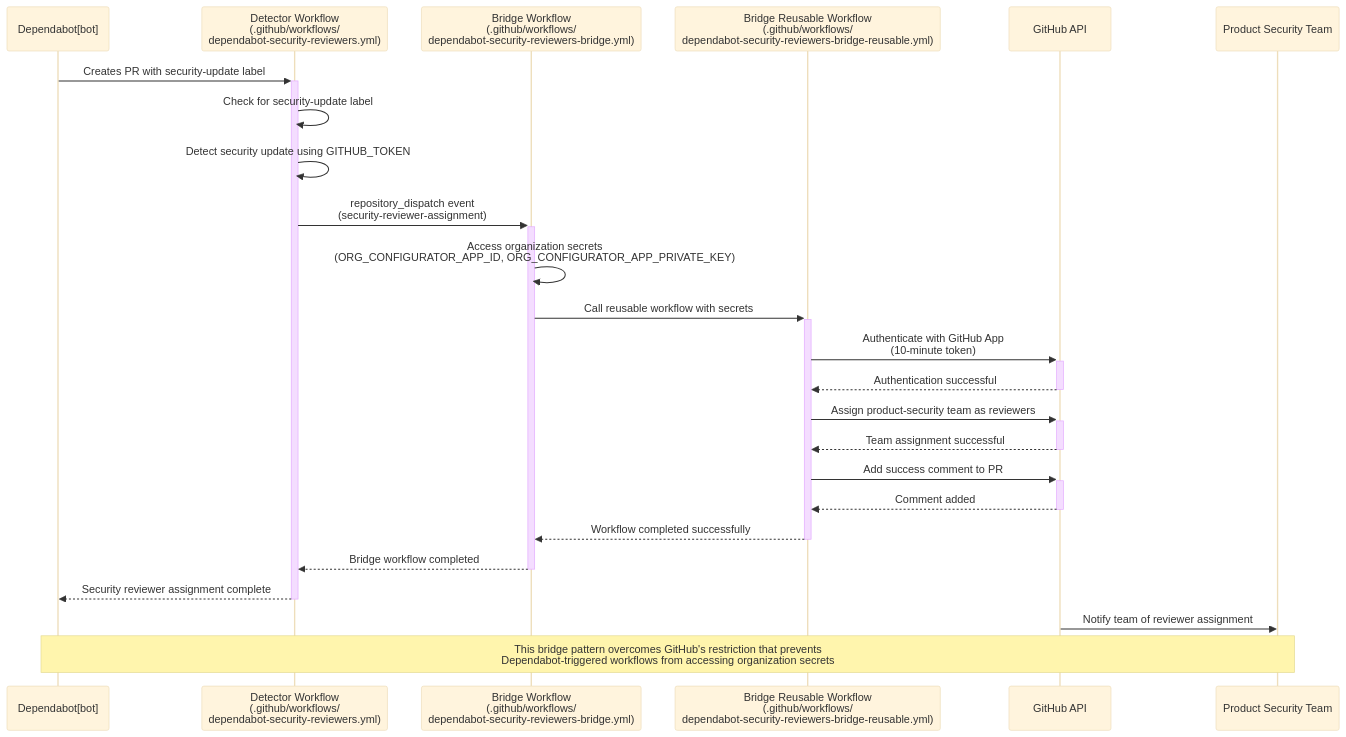
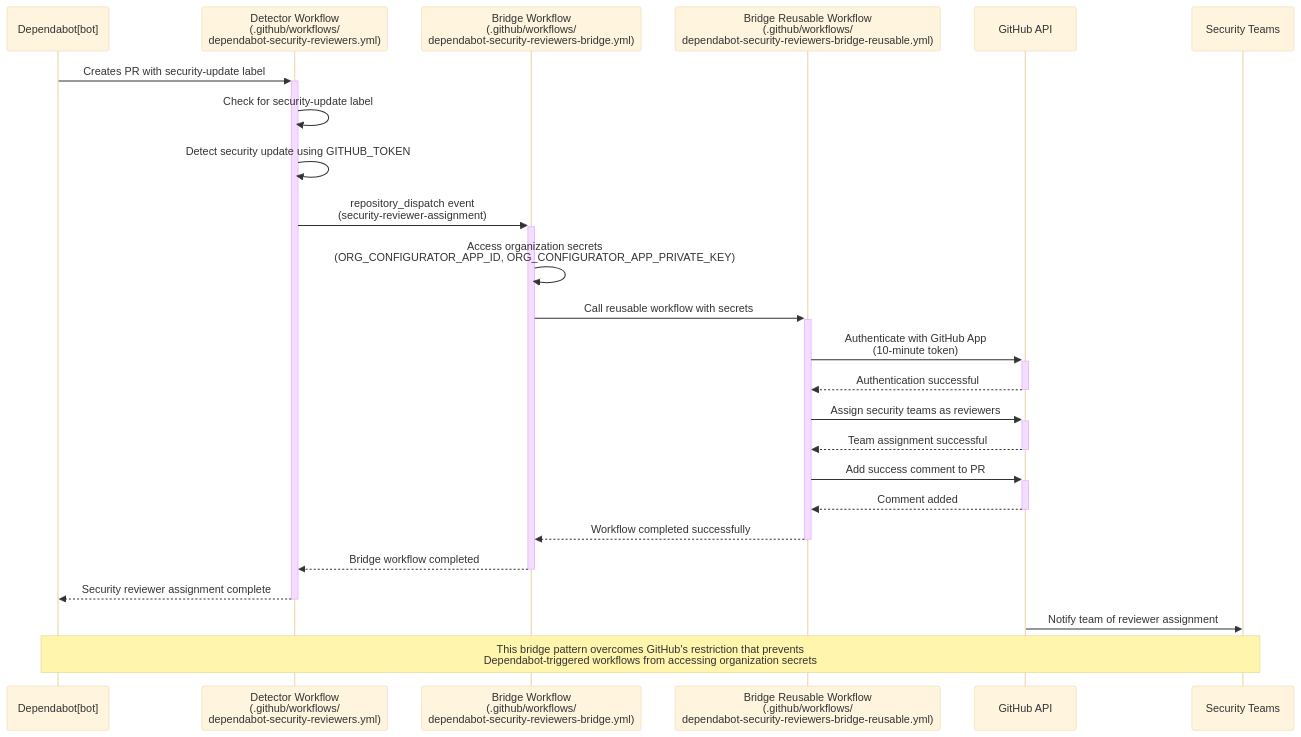
Before and after one commit to redcanaryco/dependabot-configurator: the first of 3 diagrams in README.md, drawn with Mermaid (base theme). The commit also changed other lines of this file and 2 other files, not shown here.

Commit message:
[CLOUDAUTO-1296] Add systems-engineering and cso-leadership next to product-security (#19)

````diff
--- a/README.md
+++ b/README.md
@@ -606,28 +604,28 @@
 ```mermaid
 sequenceDiagram
     participant D as Dependabot[bot]
     participant Det as Detector Workflow<br/>(.github/workflows/<br/>dependabot-security-reviewers.yml)
     participant Bridge as Bridge Workflow<br/>(.github/workflows/<br/>dependabot-security-reviewers-bridge.yml)
     participant Reusable as Bridge Reusable Workflow<br/>(.github/workflows/<br/>dependabot-security-reviewers-bridge-reusable.yml)
     participant API as GitHub API
-    participant PS as Product Security Team
+    participant PS as Security Teams
 
     D->>+Det: Creates PR with security-update label
     Det->>Det: Check for security-update label
     Det->>Det: Detect security update using GITHUB_TOKEN
     Det->>+Bridge: repository_dispatch event<br/>(security-reviewer-assignment)
     Bridge->>Bridge: Access organization secrets<br/>(ORG_CONFIGURATOR_APP_ID, ORG_CONFIGURATOR_APP_PRIVATE_KEY)
     Bridge->>+Reusable: Call reusable workflow with secrets
     Reusable->>+API: Authenticate with GitHub App<br/>(10-minute token)
     API-->>-Reusable: Authentication successful
-    Reusable->>+API: Assign product-security team as reviewers
+    Reusable->>+API: Assign security teams as reviewers
     API-->>-Reusable: Team assignment successful
     Reusable->>+API: Add success comment to PR
     API-->>-Reusable: Comment added
     Reusable-->>-Bridge: Workflow completed successfully
     Bridge-->>-Det: Bridge workflow completed
     Det-->>-D: Security reviewer assignment complete
     API->>PS: Notify team of reviewer assignment
 
     Note over D,PS: This bridge pattern overcomes GitHub's restriction that prevents<br/>Dependabot-triggered workflows from accessing organization secrets
 ```
````
